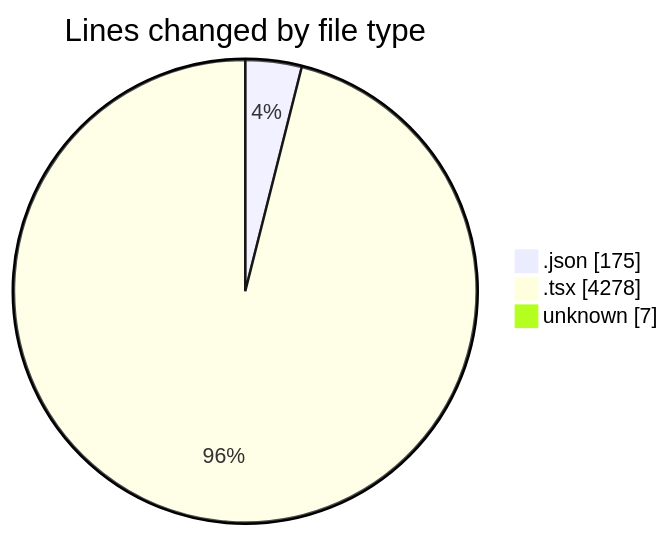
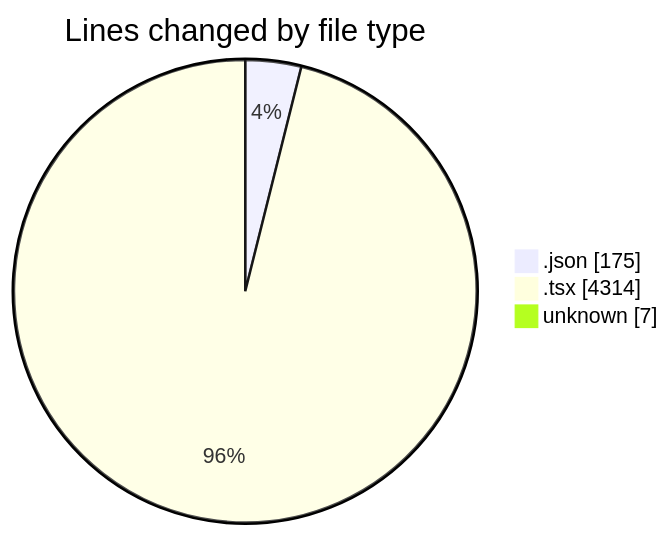
Before and after one commit to 3Nya3/code-tracking: the first of 2 diagrams in 2024-12-31/nyah/README.md, drawn with Mermaid. The commit also changed other lines of this file and 1 other file, not shown here.

````diff
--- a/2024-12-31/nyah/README.md
+++ b/2024-12-31/nyah/README.md
@@ -23,7 +23,7 @@
 ```mermaid
 pie showData
 title Lines changed by file type
 ".json" : 175
-".tsx" : 4278
+".tsx" : 4314
 "unknown" : 7
 ```
````
